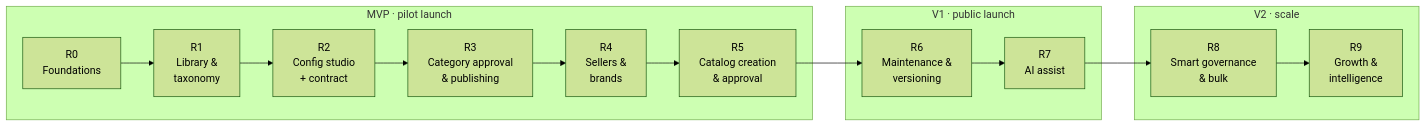
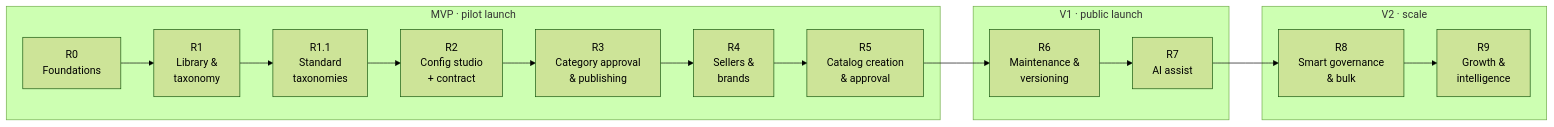
Before and after one commit to anuragsinghv25-lab/my-own-marketplace: the diagram in docs/releases/README.md, drawn with Mermaid (forest theme). The commit also changed other lines of this file and 88 other files, not shown here.

First line of the commit message:
R1.1: standard taxonomies (Shopify-style tree, Shopify and UNSPSC adoption)

````diff
--- a/docs/releases/README.md
+++ b/docs/releases/README.md
@@ -5,14 +5,14 @@
 ```mermaid
 flowchart LR
   subgraph MVP["MVP · pilot launch"]
-    R0[R0<br/>Foundations] --> R1[R1<br/>Library &<br/>taxonomy] --> R2[R2<br/>Config studio<br/>+ contract] --> R3[R3<br/>Category approval<br/>& publishing] --> R4[R4<br/>Sellers &<br/>brands] --> R5[R5<br/>Catalog creation<br/>& approval]
+    R0[R0<br/>Foundations] --> R1[R1<br/>Library &<br/>taxonomy] --> R11[R1.1<br/>Standard<br/>taxonomies] --> R2[R2<br/>Config studio<br/>+ contract] --> R3[R3<br/>Category approval<br/>& publishing] --> R4[R4<br/>Sellers &<br/>brands] --> R5[R5<br/>Catalog creation<br/>& approval]
   end
   subgraph V1["V1 · public launch"]
     R6[R6<br/>Maintenance &<br/>versioning] --> R7[R7<br/>AI assist]
   end
   subgraph V2["V2 · scale"]
     R8[R8<br/>Smart governance<br/>& bulk] --> R9[R9<br/>Growth &<br/>intelligence]
   end
   R5 --> R6
   R7 --> R8
 ```
````
